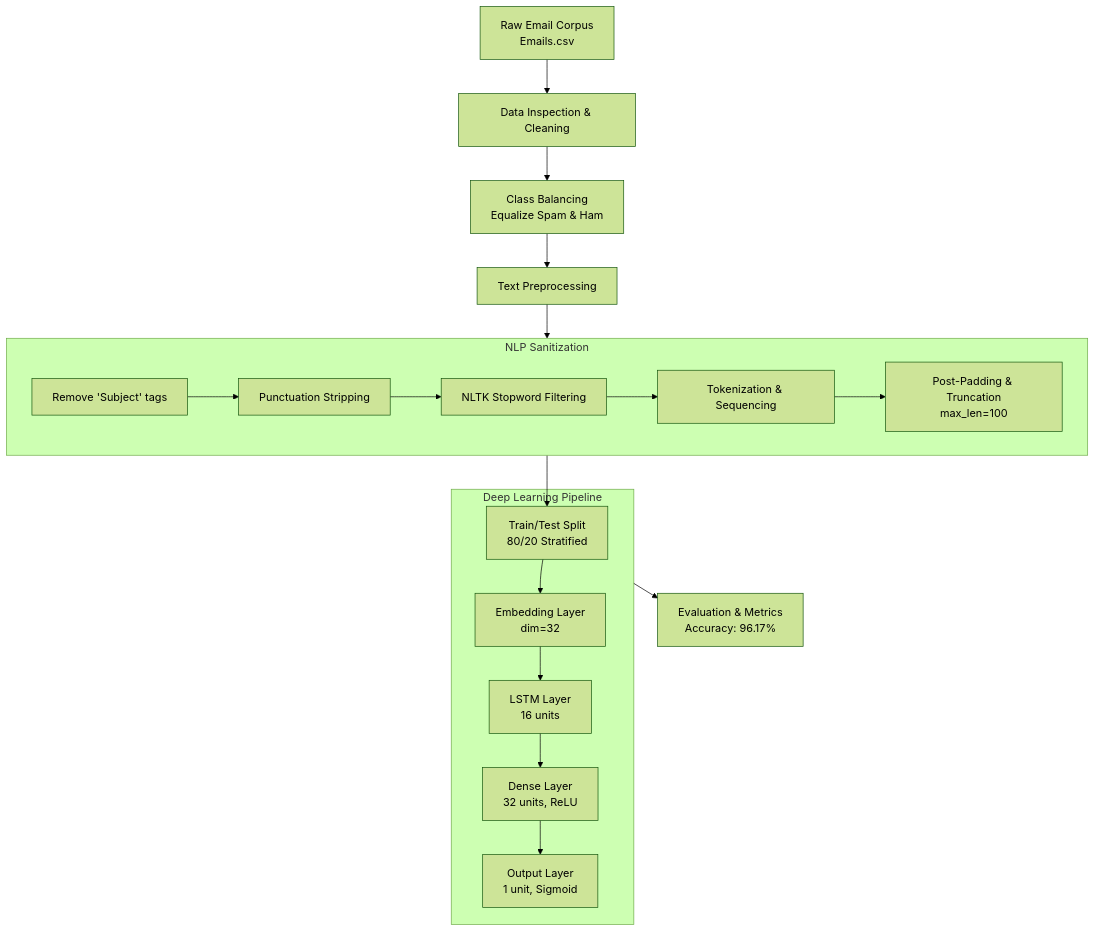
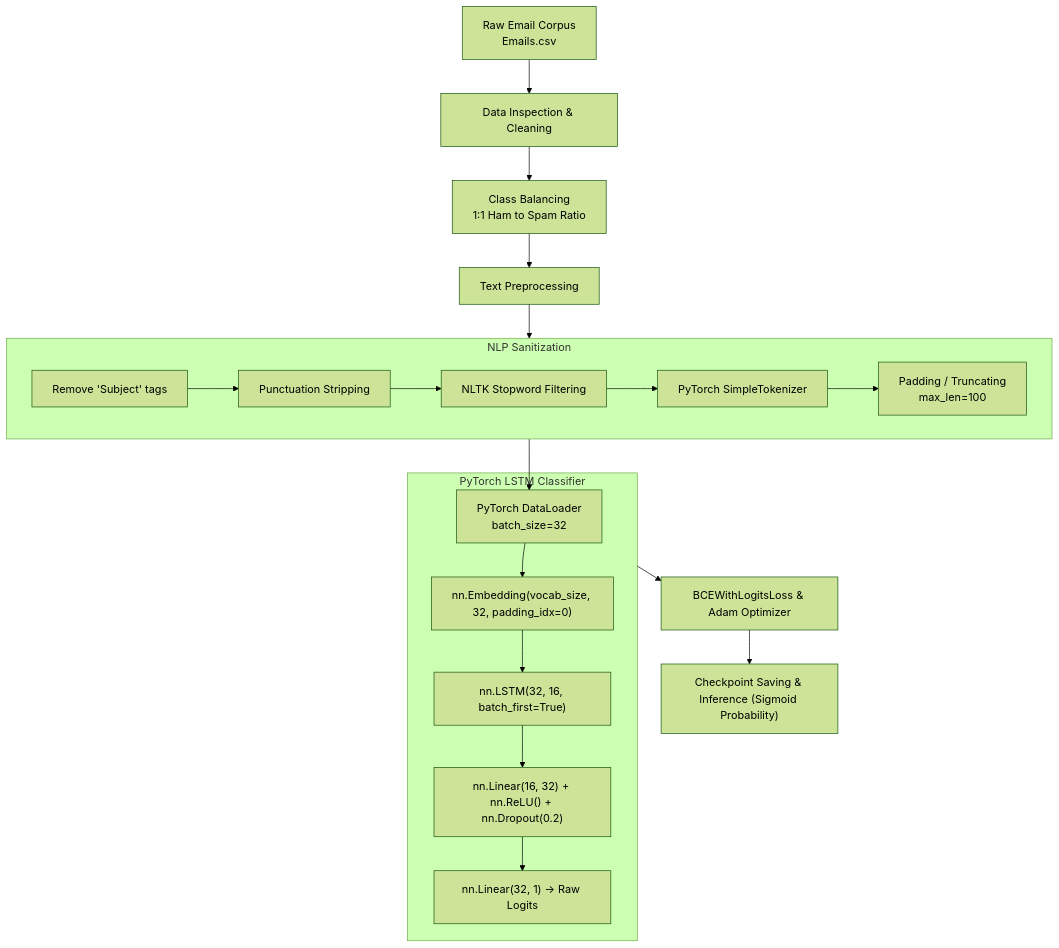
Before and after one commit to imrup9/Spam-Email-Detection: the diagram in README.md, drawn with Mermaid (forest theme). The commit also changed other lines of this file and 8 other files, not shown here.

Commit message:
feat: implement PyTorch LSTM spam email classification model with training and prediction scripts

````diff
--- a/README.md
+++ b/README.md
@@ -59,25 +59,26 @@
 ```mermaid
 flowchart TD
     A[Raw Email Corpus\nEmails.csv] --> B[Data Inspection & Cleaning]
-    B --> C[Class Balancing\nEqualize Spam & Ham]
+    B --> C[Class Balancing\n1:1 Ham to Spam Ratio]
     C --> D[Text Preprocessing]
     
     subgraph Preprocessing [NLP Sanitization]
         D1[Remove 'Subject' tags] --> D2[Punctuation Stripping]
         D2 --> D3[NLTK Stopword Filtering]
-        D3 --> D4[Tokenization & Sequencing]
-        D4 --> D5[Post-Padding & Truncation\nmax_len=100]
+        D3 --> D4[PyTorch SimpleTokenizer]
+        D4 --> D5[Padding / Truncating\nmax_len=100]
     end
     
     D --> Preprocessing
-    Preprocessing --> E[Train/Test Split\n80/20 Stratified]
+    Preprocessing --> E[PyTorch DataLoader\nbatch_size=32]
     
-    subgraph ModelArchitecture [Deep Learning Pipeline]
-        E --> F[Embedding Layer\ndim=32]
-        F --> G[LSTM Layer\n16 units]
-        G --> H[Dense Layer\n32 units, ReLU]
-        H --> I[Output Layer\n1 unit, Sigmoid]
+    subgraph ModelArchitecture [PyTorch LSTM Classifier]
+        E --> F["nn.Embedding(vocab_size, 32, padding_idx=0)"]
+        F --> G["nn.LSTM(32, 16, batch_first=True)"]
+        G --> H["nn.Linear(16, 32) + nn.ReLU() + nn.Dropout(0.2)"]
+        H --> I["nn.Linear(32, 1) -> Raw Logits"]
     end
     
-    ModelArchitecture --> J[Evaluation & Metrics\nAccuracy: 96.17%]
+    ModelArchitecture --> J["BCEWithLogitsLoss & Adam Optimizer"]
+    J --> K["Checkpoint Saving & Inference (Sigmoid Probability)"]
 ```
````
